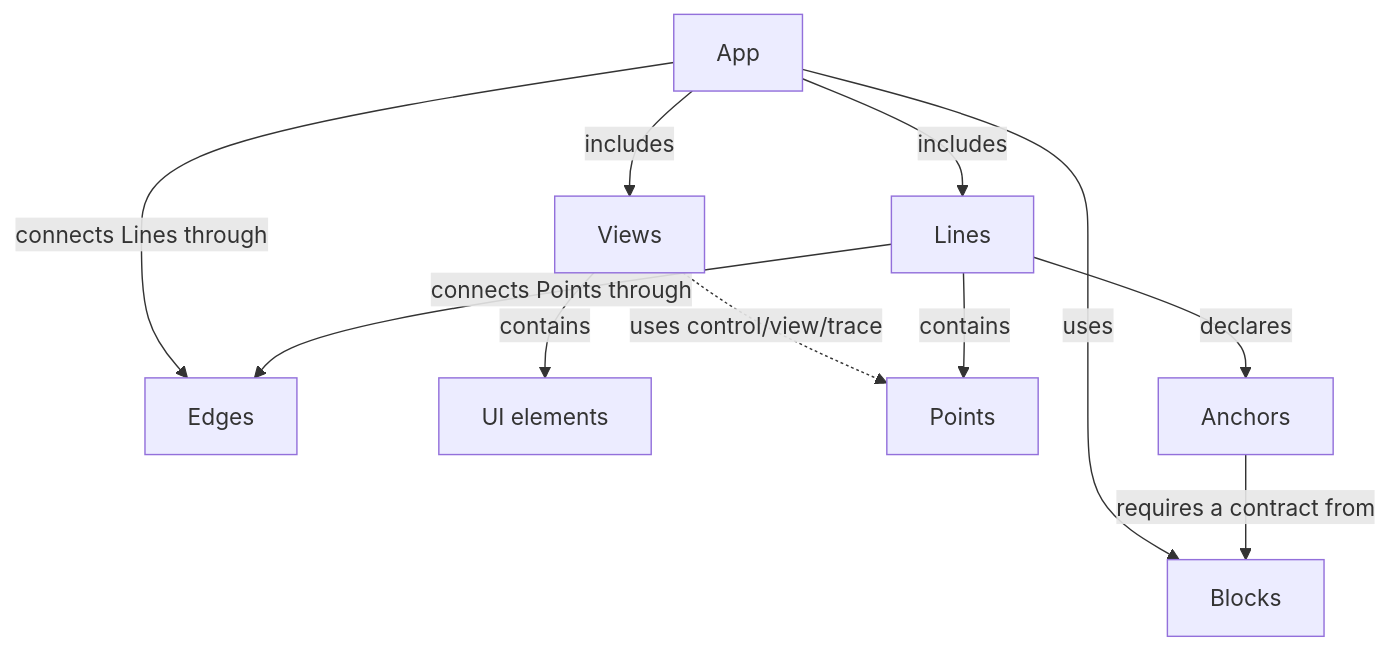
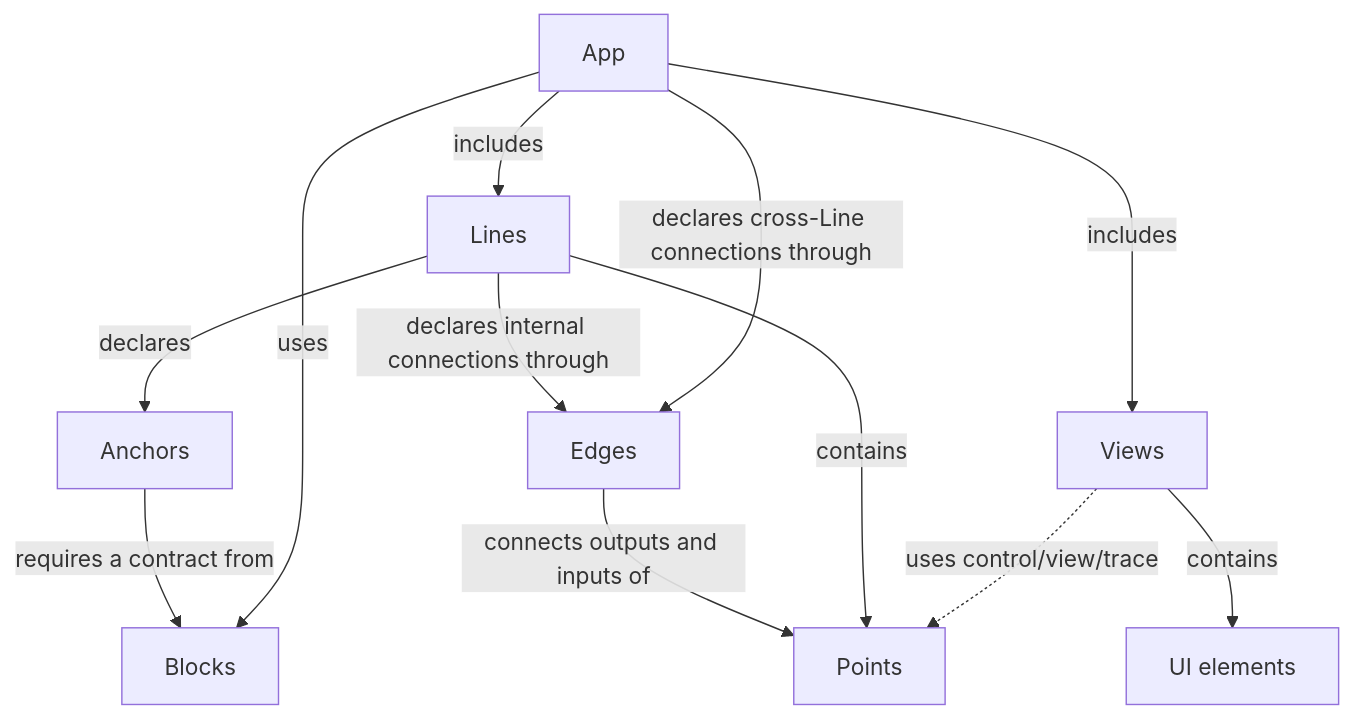
One commit to jfultr/gecko-core changed the first of 2 diagrams in docs/concepts.md. Above: the diagram before and after it, drawn with Mermaid. The commit also changed other lines of this file and 1 other file, not shown here.

Commit message:
docs: define shared App interaction and clarify Point connections

````diff
--- a/docs/concepts.md
+++ b/docs/concepts.md
@@ -55,13 +65,14 @@
 ```mermaid
 flowchart TB
     App[App] -->|includes| Line[Lines]
     App -->|uses| Block[Blocks]
-    App -->|connects Lines through| Edge[Edges]
+    App -->|declares cross-Line connections through| Edge[Edges]
     App -->|includes| View[Views]
     View -->|contains| UI[UI elements]
     View -.->|uses control/view/trace| Point[Points]
     Line -->|contains| Point
-    Line -->|connects Points through| Edge
+    Line -->|declares internal connections through| Edge
+    Edge -->|connects outputs and inputs of| Point
     Line -->|declares| Anchor[Anchors]
     Anchor -->|requires a contract from| Block
 ```
````
